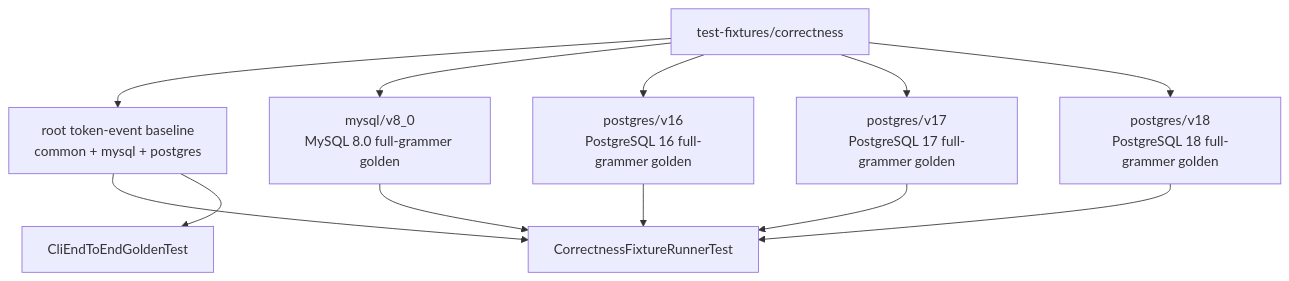
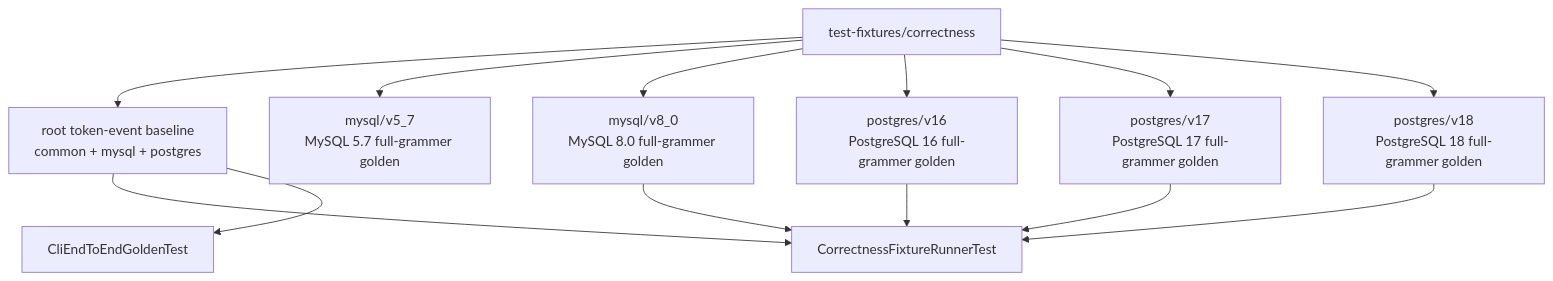
One commit to xiaoguang/relation-detector changed the seventh of 7 diagrams in docs/design/relation-detector/phase-06-parser-enhancement.md. Above: the diagram before and after it, drawn with Mermaid. The commit also changed other lines of this file and 538 other files, not shown here.

````diff
--- a/docs/design/relation-detector/phase-06-parser-enhancement.md
+++ b/docs/design/relation-detector/phase-06-parser-enhancement.md
@@ -396,25 +396,27 @@
 ```mermaid
 flowchart TD
   fixtures["test-fixtures/correctness"]
   tokenRoot["root token-event baseline\ncommon + mysql + postgres"]
+  mysql57["mysql/v5_7\nMySQL 5.7 full-grammer golden"]
   mysql8["mysql/v8_0\nMySQL 8.0 full-grammer golden"]
   pg16["postgres/v16\nPostgreSQL 16 full-grammer golden"]
   pg17["postgres/v17\nPostgreSQL 17 full-grammer golden"]
   pg18["postgres/v18\nPostgreSQL 18 full-grammer golden"]
   runner["CorrectnessFixtureRunnerTest"]
   cliE2E["CliEndToEndGoldenTest"]
 
   fixtures --> tokenRoot
+  fixtures --> mysql57
   fixtures --> mysql8
   fixtures --> pg16
   fixtures --> pg17
   fixtures --> pg18
 
   tokenRoot --> runner
   mysql8 --> runner
   pg16 --> runner
   pg17 --> runner
   pg18 --> runner
 
   tokenRoot --> cliE2E
 ```
````
